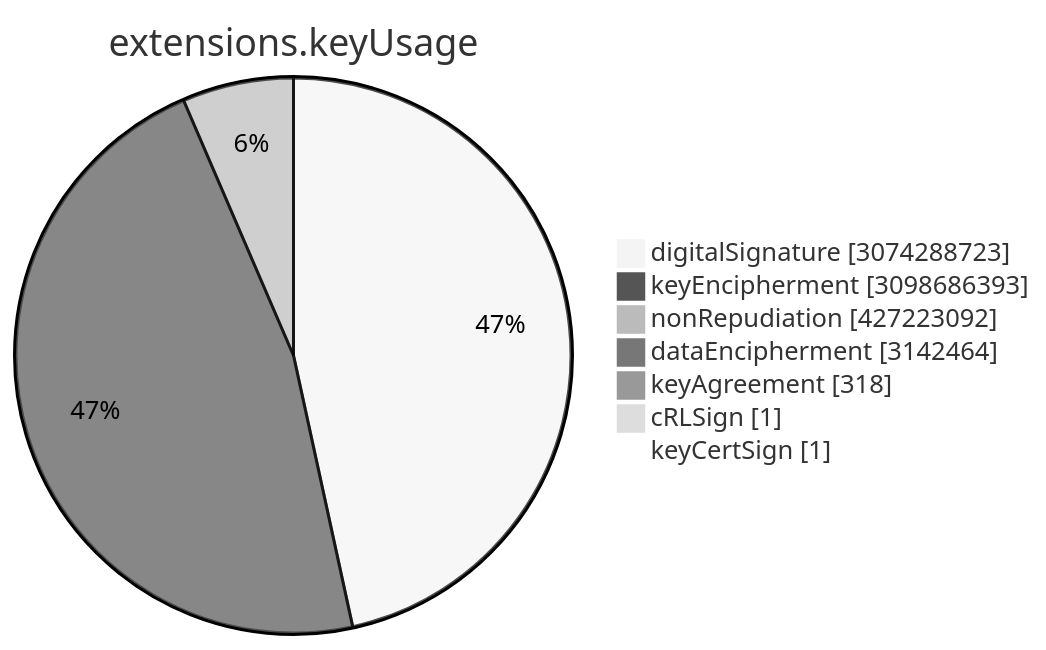
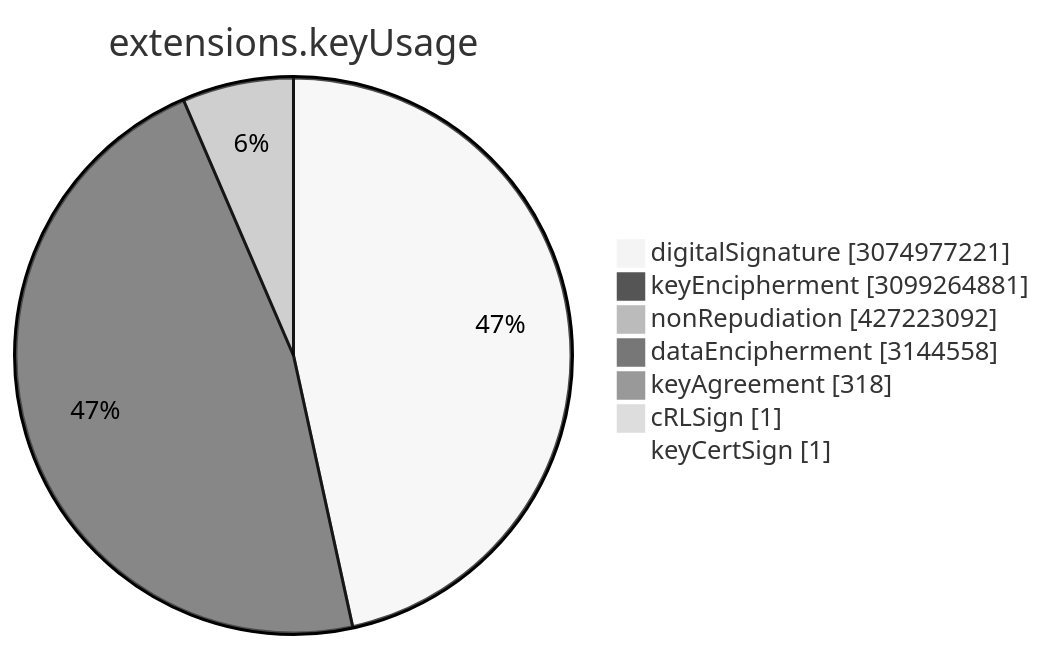
The sixth of 15 diagrams in TOTAL/README.md (christiankrug/ctmonitor_visualization), drawn with Mermaid (neutral theme) before and after one commit. The commit also changed other lines of this file, not shown here.

````diff
--- a/TOTAL/README.md
+++ b/TOTAL/README.md
@@ -3075,11 +3075,11 @@
 ```mermaid
 pie showData
 title extensions.keyUsage
-"digitalSignature" :3074288723
-"keyEncipherment" :3098686393
+"digitalSignature" :3074977221
+"keyEncipherment" :3099264881
 "nonRepudiation" :427223092
-"dataEncipherment" :3142464
+"dataEncipherment" :3144558
 "keyAgreement" :318
 "cRLSign" :1
 "keyCertSign" :1
 ```
````
